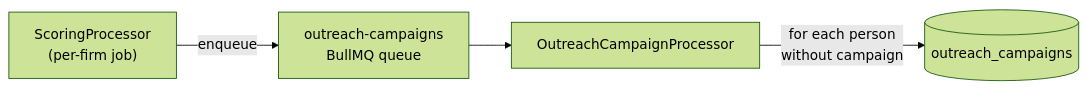
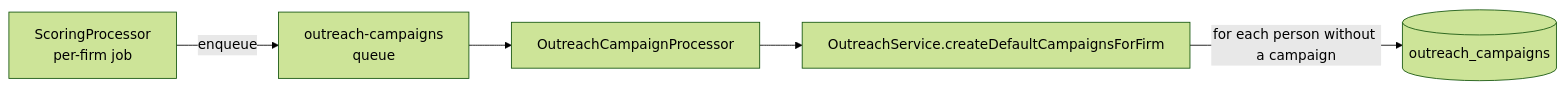
Before and after one commit to GuilhermeDaSilvaFerreira/ai-usage-scraper: the second of 3 diagrams in backend/docs/sales-pipeline/ARCHITECTURE.md, drawn with Mermaid (forest theme). The commit also changed other lines of this file and 7 other files, not shown here.

````diff
--- a/backend/docs/sales-pipeline/ARCHITECTURE.md
+++ b/backend/docs/sales-pipeline/ARCHITECTURE.md
@@ -114,6 +80,7 @@
 ```mermaid
 flowchart LR
-    ScoringProcessor["ScoringProcessor\n(per-firm job)"] -->|enqueue| OQ["outreach-campaigns\nBullMQ queue"]
-    OQ --> OCP["OutreachCampaignProcessor"]
-    OCP -->|"for each person\nwithout campaign"| DB[(outreach_campaigns)]
+    SCP[ScoringProcessor<br/>per-firm job] -->|enqueue| OQ[outreach-campaigns<br/>queue]
+    OQ --> OCP[OutreachCampaignProcessor]
+    OCP --> OS[OutreachService.createDefaultCampaignsForFirm]
+    OS -->|for each person without a campaign| DB[(outreach_campaigns)]
 ```
````
